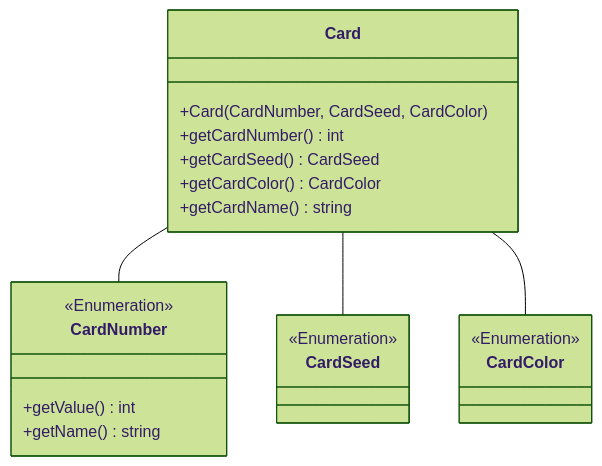
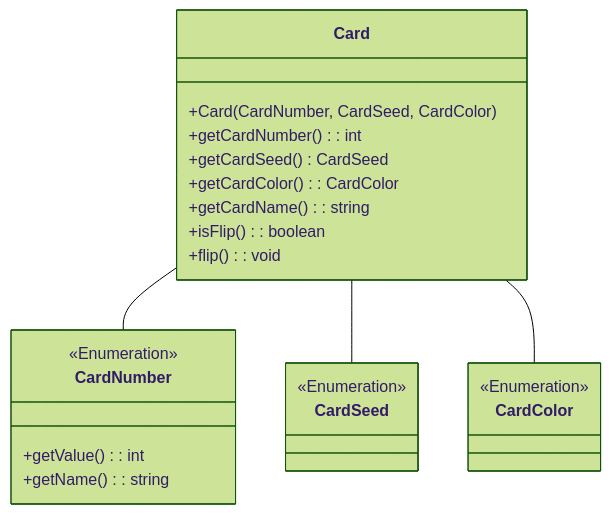
One commit to MatteoCalvanico/pss23-Calvanico-Monti-Ghinelli-VirtualCasino changed the fourth of 6 diagrams in Relazione.md. Above: the diagram before and after it, drawn with Mermaid (forest theme). The commit also changed other lines of this file and 1 other file, not shown here.

````diff
--- a/Relazione.md
+++ b/Relazione.md
@@ -199,26 +211,28 @@
 ```mermaid
 classDiagram
 class Card {
     +Card(CardNumber, CardSeed, CardColor)
-    +getCardNumber() int
+    +getCardNumber(): int
     +getCardSeed() CardSeed
-    +getCardColor() CardColor
-    +getCardName() string
+    +getCardColor(): CardColor
+    +getCardName(): string
+    +isFlip(): boolean
+    +flip(): void
 }
 
 class CardNumber{
-    +getValue() int
-    +getName() string
+    +getValue(): int
+    +getName(): string
 }
 <<Enumeration>> CardNumber
 
 class CardSeed
 <<Enumeration>> CardSeed
 
 class CardColor
 <<Enumeration>> CardColor
 
 Card -- CardNumber
 Card -- CardSeed
 Card -- CardColor
 ```
````
